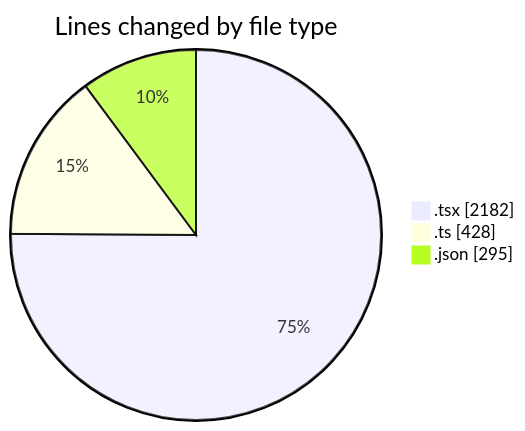
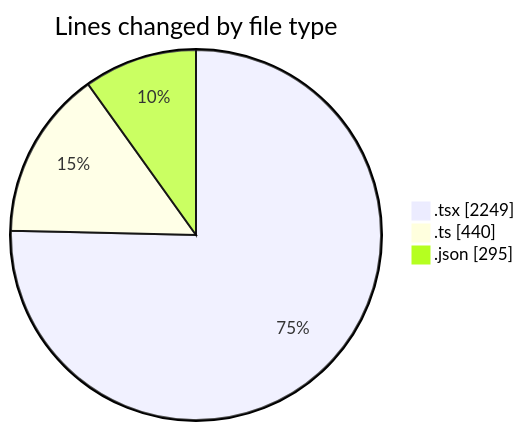
Before and after one commit to julien-gomy/code-tracking: the first of 2 diagrams in 2025-10-09/eventscop-frontend-guide__workspace_/README.md, drawn with Mermaid. The commit also changed other lines of this file and 1 other file, not shown here.

````diff
--- a/2025-10-09/eventscop-frontend-guide__workspace_/README.md
+++ b/2025-10-09/eventscop-frontend-guide__workspace_/README.md
@@ -33,7 +34,7 @@
 ```mermaid
 pie showData
 title Lines changed by file type
-".tsx" : 2182
-".ts" : 428
+".tsx" : 2249
+".ts" : 440
 ".json" : 295
 ```
````
